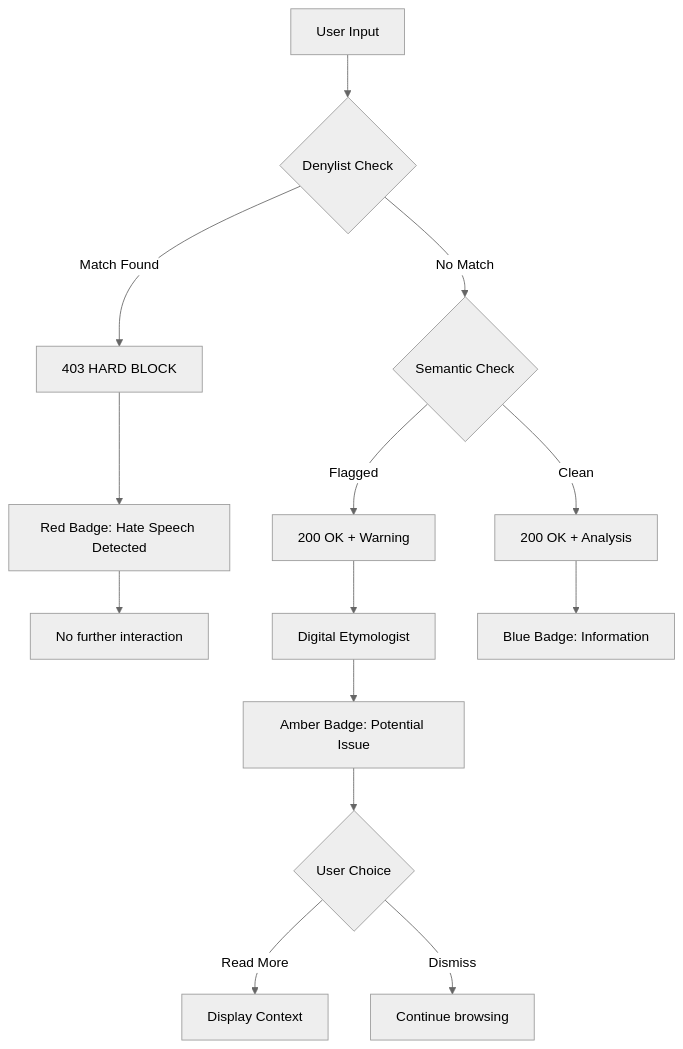
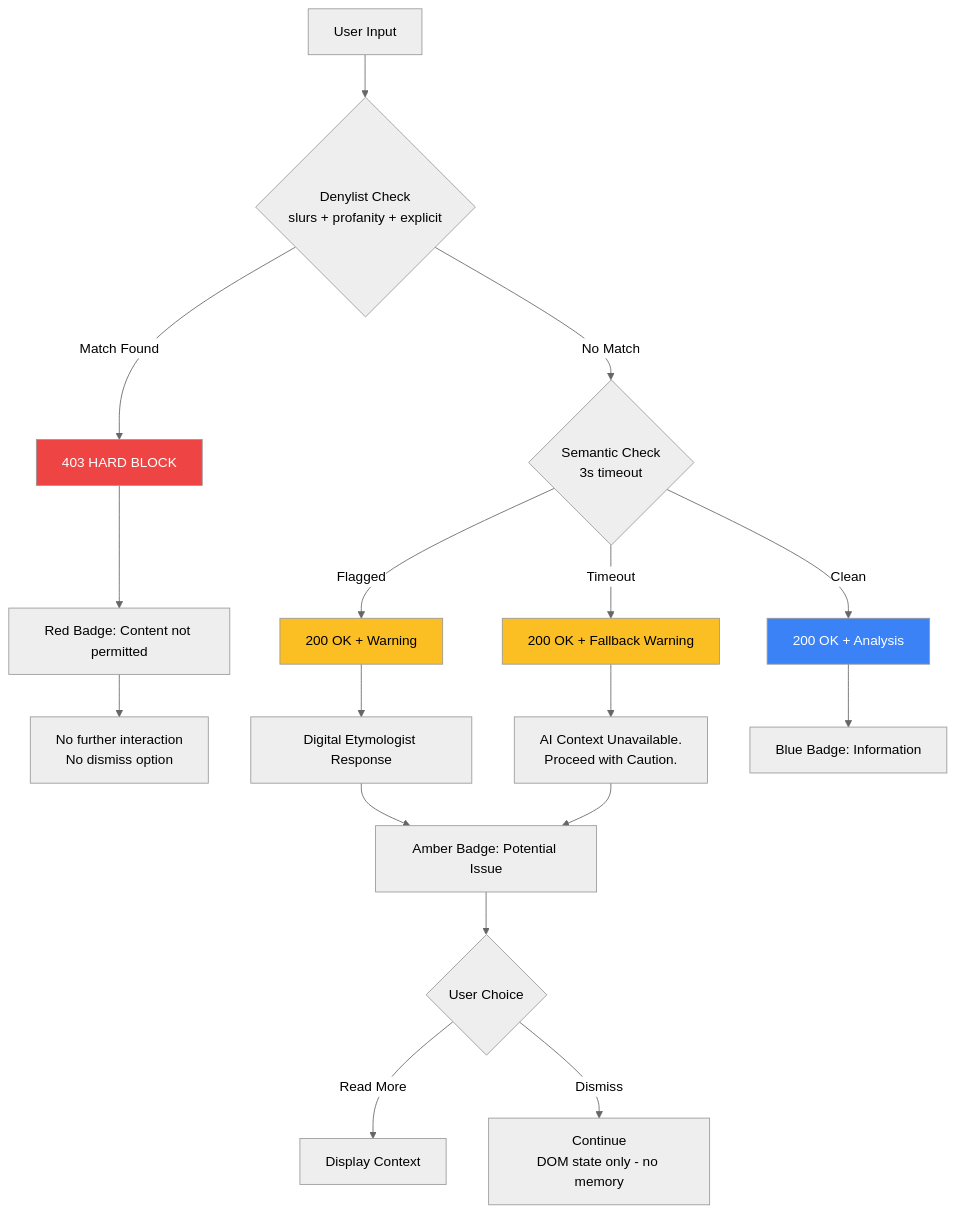
The diagram in docs/1126-hard-soft-blocking.md (martymcenroe/Aletheia), drawn with Mermaid (neutral theme) before and after one commit. The commit also changed other lines of this file, not shown here.

First line of the commit message:
docs: revise LLD 1126 per architect review (ref #126)

````diff
--- a/docs/1126-hard-soft-blocking.md
+++ b/docs/1126-hard-soft-blocking.md
@@ -80,20 +97,31 @@
 ```mermaid
 flowchart TD
-    Input[User Input] --> DenylistCheck{Denylist Check}
+    Input[User Input] --> DenylistCheck{Denylist Check<br/>slurs + profanity + explicit}
 
     DenylistCheck -->|Match Found| HardBlock[403 HARD BLOCK]
-    HardBlock --> HardUI[Red Badge: Hate Speech Detected]
-    HardUI --> End1[No further interaction]
+    HardBlock --> HardUI[Red Badge: Content not permitted]
+    HardUI --> End1[No further interaction<br/>No dismiss option]
 
-    DenylistCheck -->|No Match| SemanticCheck{Semantic Check}
+    DenylistCheck -->|No Match| SemanticCheck{Semantic Check<br/>3s timeout}
 
     SemanticCheck -->|Flagged| SoftBlock[200 OK + Warning]
-    SoftBlock --> Etymology[Digital Etymologist]
+    SemanticCheck -->|Timeout| TimeoutBlock[200 OK + Fallback Warning]
+
+    SoftBlock --> Etymology[Digital Etymologist Response]
+    TimeoutBlock --> FallbackMsg["AI Context Unavailable.<br/>Proceed with Caution."]
+
     Etymology --> SoftUI[Amber Badge: Potential Issue]
+    FallbackMsg --> SoftUI
+
     SoftUI --> UserChoice{User Choice}
     UserChoice -->|Read More| ShowContext[Display Context]
-    UserChoice -->|Dismiss| Continue[Continue browsing]
+    UserChoice -->|Dismiss| Continue[Continue<br/>DOM state only - no memory]
 
     SemanticCheck -->|Clean| Allow[200 OK + Analysis]
     Allow --> NormalUI[Blue Badge: Information]
+
+    style HardBlock fill:#EF4444,color:#fff
+    style SoftBlock fill:#FBBF24,color:#000
+    style TimeoutBlock fill:#FBBF24,color:#000
+    style Allow fill:#3B82F6,color:#fff
 ```
````
